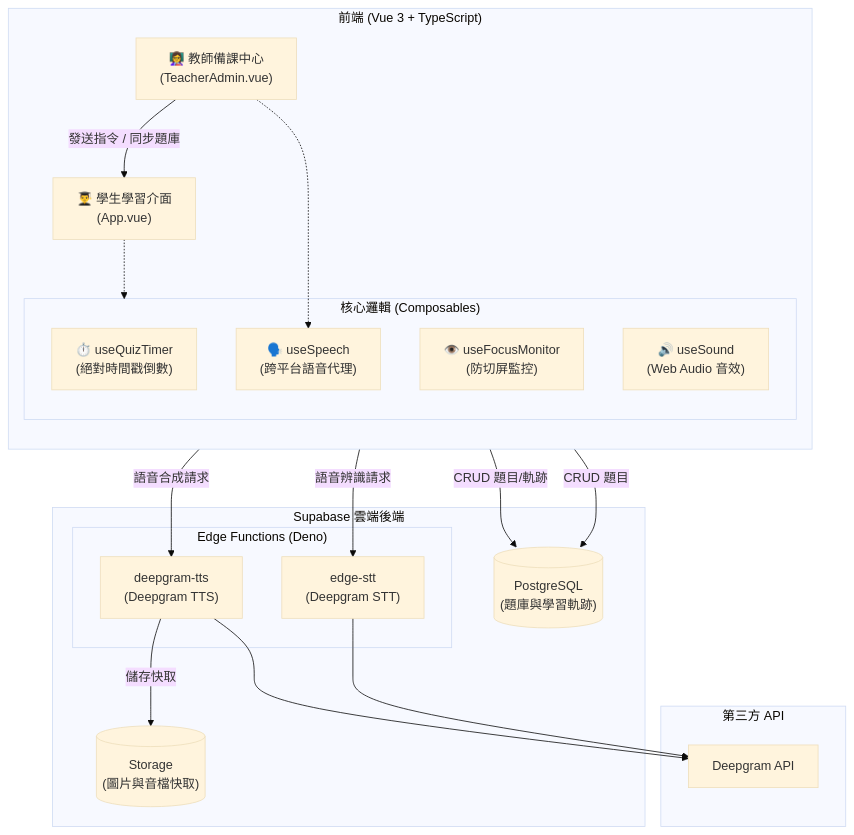
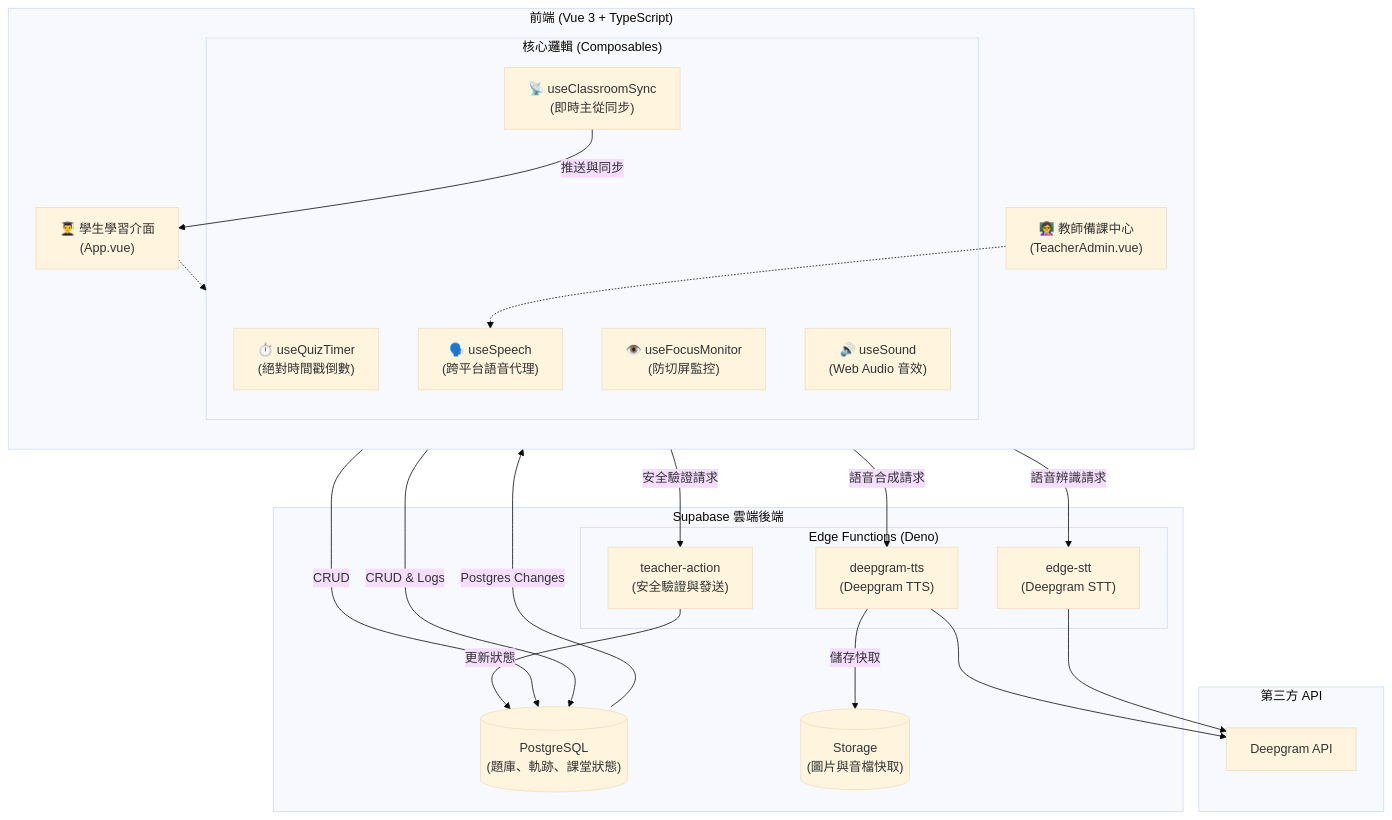
The second of 3 diagrams in README.zh-TW.md (ylin3-learner/anime-character-hunter-lite), drawn with Mermaid (base theme) before and after one commit. The commit also changed other lines of this file and 1 other file, not shown here.

````diff
--- a/README.zh-TW.md
+++ b/README.zh-TW.md
@@ -65,45 +62,51 @@
 ```mermaid
 graph TD
     subgraph Client ["前端 (Vue 3 + TypeScript)"]
         direction TB
         AdminUI["👩‍🏫 教師備課中心<br>(TeacherAdmin.vue)"]
         StudentUI["👨‍🎓 學生學習介面<br>(App.vue)"]
         
         subgraph Composables ["核心邏輯 (Composables)"]
             Timer["⏱️ useQuizTimer<br>(絕對時間戳倒數)"]
             Focus["👁️ useFocusMonitor<br>(防切屏監控)"]
             Sound["🔊 useSound<br>(Web Audio 音效)"]
             Speech["🗣️ useSpeech<br>(跨平台語音代理)"]
+            Sync["📡 useClassroomSync<br>(即時主從同步)"]
         end
     end
 
     subgraph Supabase ["Supabase 雲端後端"]
-        DB[("PostgreSQL<br>(題庫與學習軌跡)")]
+        DB[("PostgreSQL<br>(題庫、軌跡、課堂狀態)")]
         Storage[("Storage<br>(圖片與音檔快取)")]
         
         subgraph EdgeFunctions ["Edge Functions (Deno)"]
+            Action_Proxy["teacher-action<br>(安全驗證與發送)"]
             TTS_Proxy["deepgram-tts<br>(Deepgram TTS)"]
             STT_Proxy["edge-stt<br>(Deepgram STT)"]
         end
     end
 
     subgraph ThirdParty ["第三方 API"]
         Deepgram["Deepgram API"]
     end
 
     %% 資料流
-    AdminUI -- "發送指令 / 同步題庫" --> StudentUI
-    StudentUI -- "CRUD 題目/軌跡" --> DB
-    AdminUI -- "CRUD 題目" --> DB
+    AdminUI -- "安全驗證請求" --> Action_Proxy
+    Action_Proxy -- "更新狀態" --> DB
+    DB -- "Postgres Changes" --> Sync
+    Sync -- "推送與同步" --> StudentUI
+    
+    AdminUI -- "CRUD" --> DB
+    StudentUI -- "CRUD & Logs" --> DB
     
     StudentUI -- "語音合成請求" --> TTS_Proxy
     TTS_Proxy --> Deepgram
     TTS_Proxy -- "儲存快取" --> Storage
     
     StudentUI -- "語音辨識請求" --> STT_Proxy
     STT_Proxy --> Deepgram
 
     %% 邏輯依賴
     StudentUI -.-> Composables
     AdminUI -.-> Speech
 ```
````
